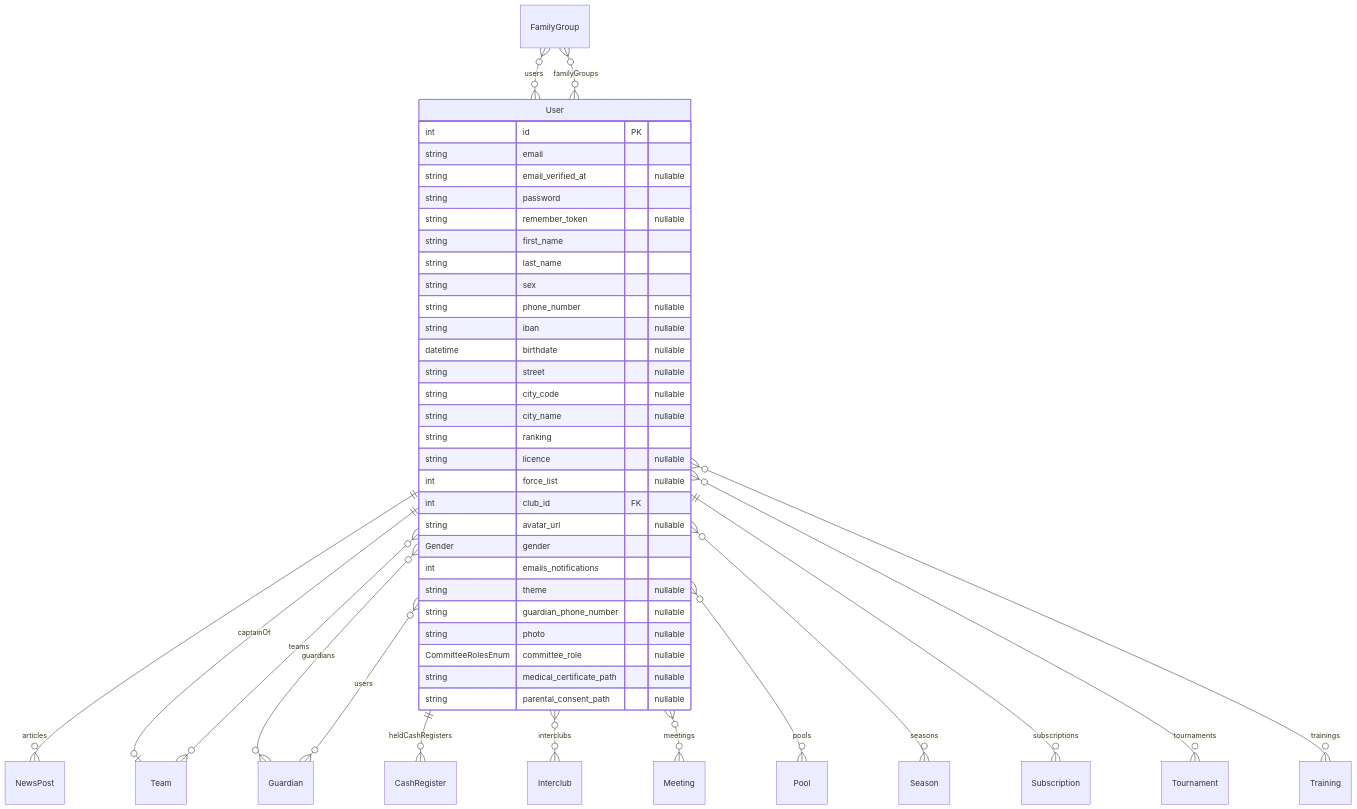
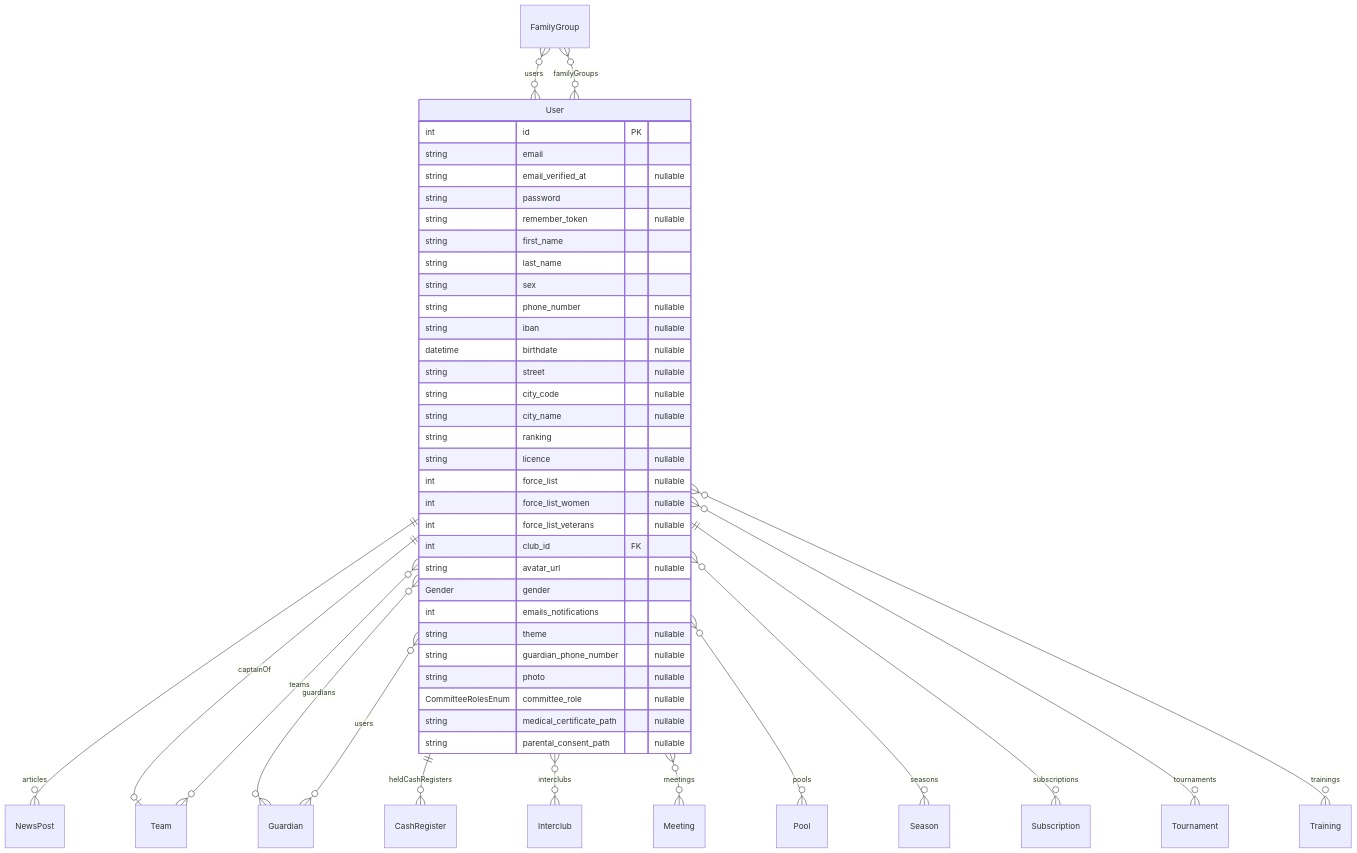
Before and after one commit to Paupoo/tabletennisclub-app: the diagram in docs/erd/clubadmin-users.md, drawn with Mermaid. The commit also changed 8 other files, not shown here.

First line of the commit message:
fix(docs): make the ERD generator deterministic and keep it out of docs/

````diff
--- a/docs/erd/clubadmin-users.md
+++ b/docs/erd/clubadmin-users.md
@@ -3,52 +3,54 @@
 ```mermaid
 erDiagram
     FamilyGroup {
     }
     Guardian {
     }
     User {
         int id PK
         string email
         string email_verified_at "nullable"
         string password
         string remember_token "nullable"
         string first_name
         string last_name
         string sex
         string phone_number "nullable"
         string iban "nullable"
         datetime birthdate "nullable"
         string street "nullable"
         string city_code "nullable"
         string city_name "nullable"
         string ranking
         string licence "nullable"
         int force_list "nullable"
+        int force_list_women "nullable"
+        int force_list_veterans "nullable"
         int club_id FK
         string avatar_url "nullable"
         Gender gender
         int emails_notifications
         string theme "nullable"
         string guardian_phone_number "nullable"
         string photo "nullable"
         CommitteeRolesEnum committee_role "nullable"
         string medical_certificate_path "nullable"
         string parental_consent_path "nullable"
     }
 
     FamilyGroup }o--o{ User : "users"
     Guardian }o--o{ User : "users"
     User ||--o{ NewsPost : "articles"
     User ||--o| Team : "captainOf"
     User }o--o{ FamilyGroup : "familyGroups"
     User }o--o{ Guardian : "guardians"
     User ||--o{ CashRegister : "heldCashRegisters"
     User }o--o{ Interclub : "interclubs"
     User }o--o{ Meeting : "meetings"
     User }o--o{ Pool : "pools"
     User }o--o{ Season : "seasons"
     User ||--o{ Subscription : "subscriptions"
     User }o--o{ Team : "teams"
     User }o--o{ Tournament : "tournaments"
     User }o--o{ Training : "trainings"
 ```
````
